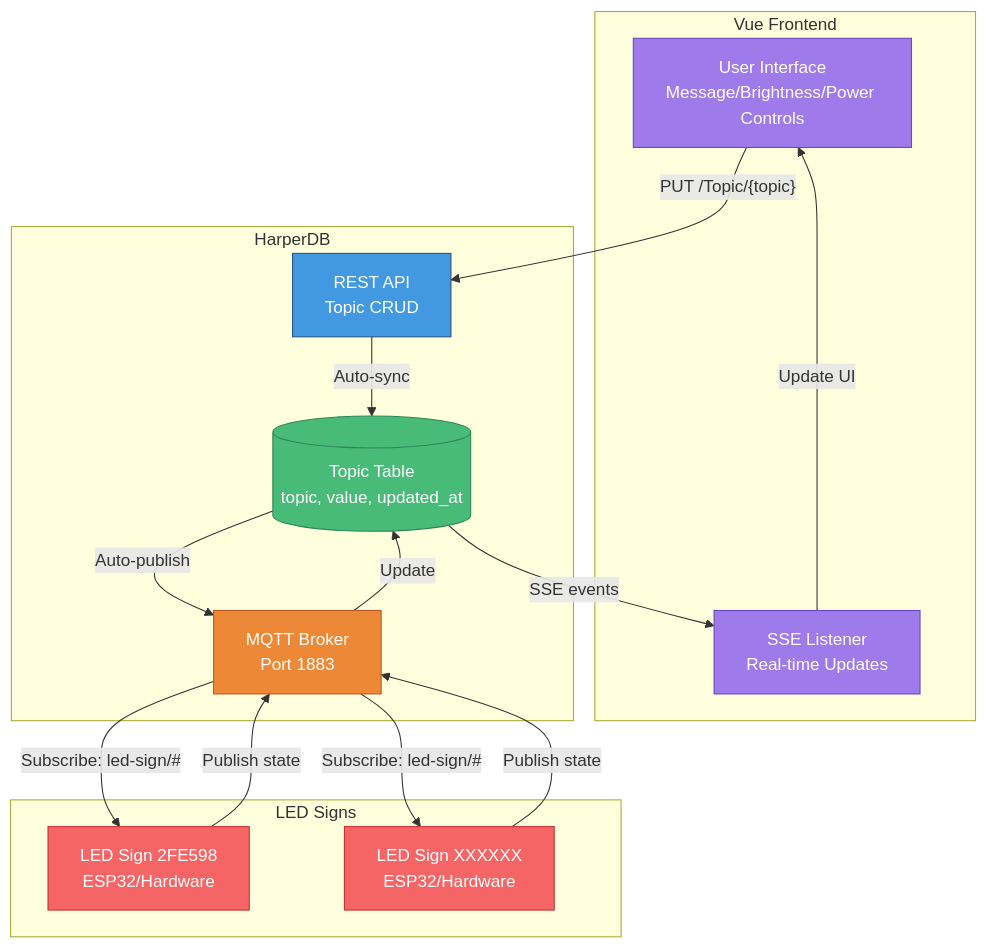
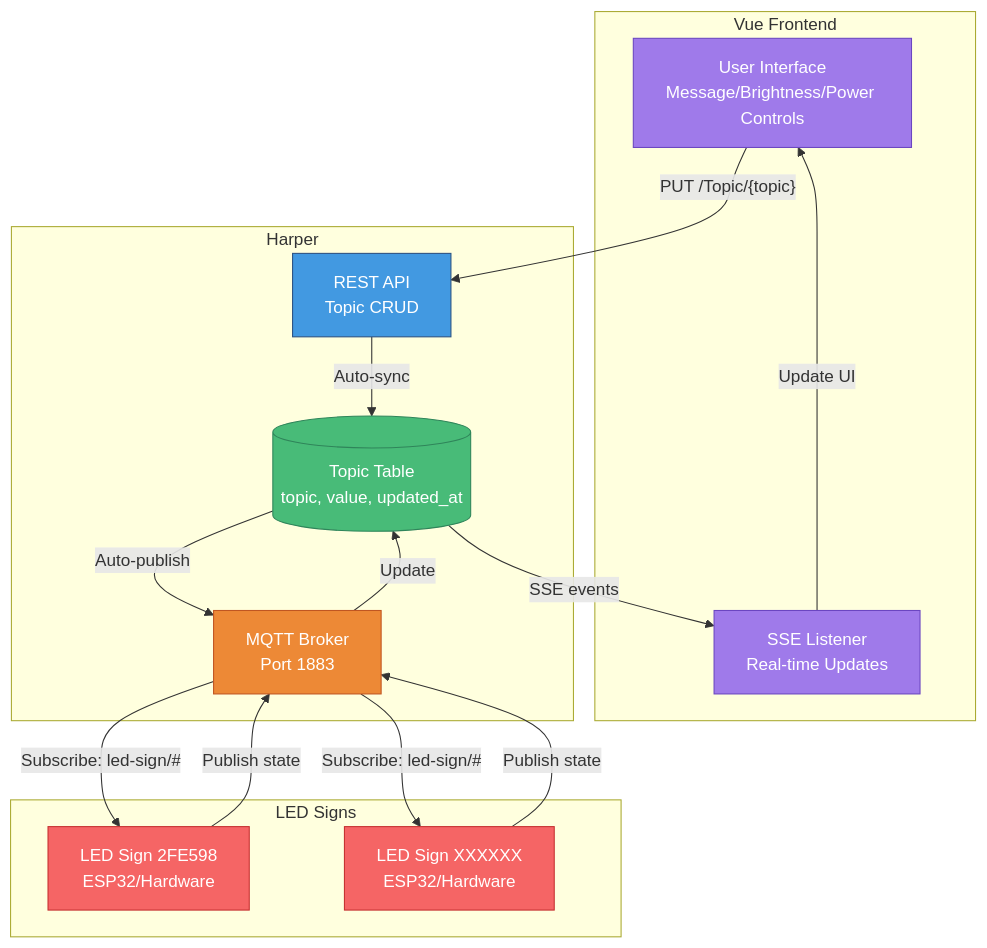
One commit to HarperFast/realtime-pubsub-example changed the diagram in README.md. Above: the diagram before and after it, drawn with Mermaid. The commit also changed other lines of this file and 2 other files, not shown here.

First line of the commit message:
Replace HarperDB with Harper throughout codebase

````diff
--- a/README.md
+++ b/README.md
@@ -17,37 +17,37 @@
 ```mermaid
 graph TB
     subgraph "Vue Frontend"
         UI[User Interface<br/>Message/Brightness/Power Controls]
         SSE[SSE Listener<br/>Real-time Updates]
     end
 
-    subgraph "HarperDB"
+    subgraph "Harper"
         REST[REST API<br/>Topic CRUD]
         DB[(Topic Table<br/>topic, value, updated_at)]
         MQTT[MQTT Broker<br/>Port 1883]
     end
 
     subgraph "LED Signs"
         SIGN1[LED Sign 2FE598<br/>ESP32/Hardware]
         SIGN2[LED Sign XXXXXX<br/>ESP32/Hardware]
     end
 
     UI -->|"PUT /Topic/{topic}"| REST
     REST -->|Auto-sync| DB
     DB -->|Auto-publish| MQTT
     MQTT -->|"Subscribe: led-sign/#"| SIGN1
     MQTT -->|"Subscribe: led-sign/#"| SIGN2
     SIGN1 -->|"Publish state"| MQTT
     SIGN2 -->|"Publish state"| MQTT
     MQTT -->|Update| DB
     DB -->|SSE events| SSE
     SSE -->|Update UI| UI
 
     style UI fill:#9f7aea,stroke:#6b46c1,color:#fff
     style REST fill:#4299e1,stroke:#2c5282,color:#fff
     style DB fill:#48bb78,stroke:#2f855a,color:#fff
     style MQTT fill:#ed8936,stroke:#c05621,color:#fff
     style SIGN1 fill:#f56565,stroke:#c53030,color:#fff
     style SIGN2 fill:#f56565,stroke:#c53030,color:#fff
     style SSE fill:#9f7aea,stroke:#6b46c1,color:#fff
 ```
````
